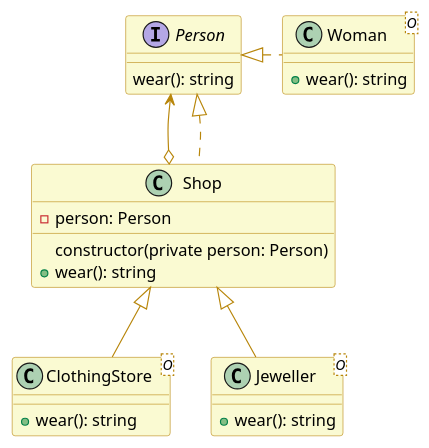
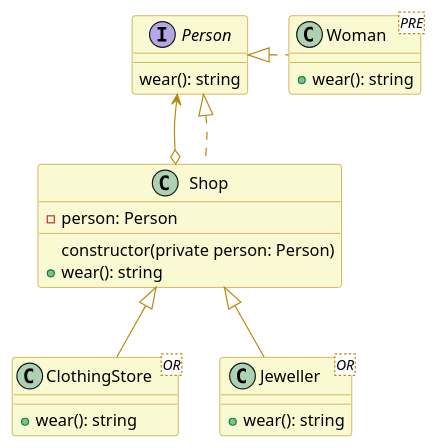
Before and after one commit to plkpiotr/design-patterns: the diagram in src/app/structural/decorator/decorator.puml, drawn with PlantUML. The commit also changed 14 other files, not shown here.

```diff
--- a/src/app/structural/decorator/decorator.puml
+++ b/src/app/structural/decorator/decorator.puml
@@ -1,38 +1,38 @@
 @startuml
 
 skinparam class {
   backgroundColor lightgoldenrodyellow
   arrowColor darkgoldenrod
   borderColor darkgoldenrod
 }
 
 interface Person {
   wear(): string
 }
 
-class Woman <O> {
+class Woman <PRE> {
   + wear(): string
 }
 
 class Shop {
   - person: Person
   constructor(private person: Person)
   + wear(): string
 }
 
-class ClothingStore <O> {
+class ClothingStore <OR> {
   + wear(): string
 }
 
-class Jeweller <O> {
+class Jeweller <OR> {
   + wear(): string
 }
 
 Person <|. Woman
 Person <--o Shop
 Person <|.. Shop
 
 Shop <|-- ClothingStore
 Shop <|-- Jeweller
 
 @enduml
```
